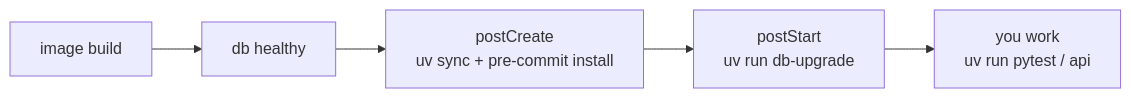
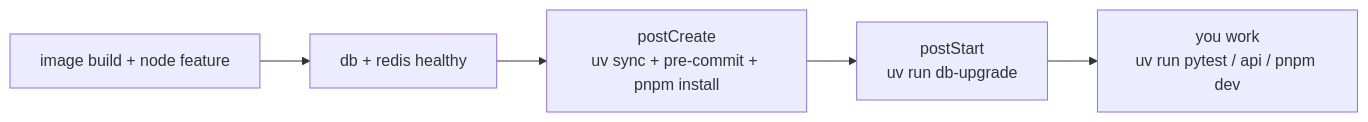
The fourth of 4 diagrams in docs/devcontainer.md (mac-lisowski/project-taipan), drawn with Mermaid before and after one commit. The commit also changed other lines of this file and 42 other files, not shown here.

````diff
--- a/docs/devcontainer.md
+++ b/docs/devcontainer.md
@@ -92,7 +99,7 @@
 ```mermaid
 graph LR
-  A[image build] --> B[db healthy]
-  B --> C[postCreate<br>uv sync + pre-commit install]
+  A[image build + node feature] --> B[db + redis healthy]
+  B --> C[postCreate<br>uv sync + pre-commit + pnpm install]
   C --> D[postStart<br>uv run db-upgrade]
-  D --> E[you work<br>uv run pytest / api]
+  D --> E[you work<br>uv run pytest / api / pnpm dev]
 ```
````
